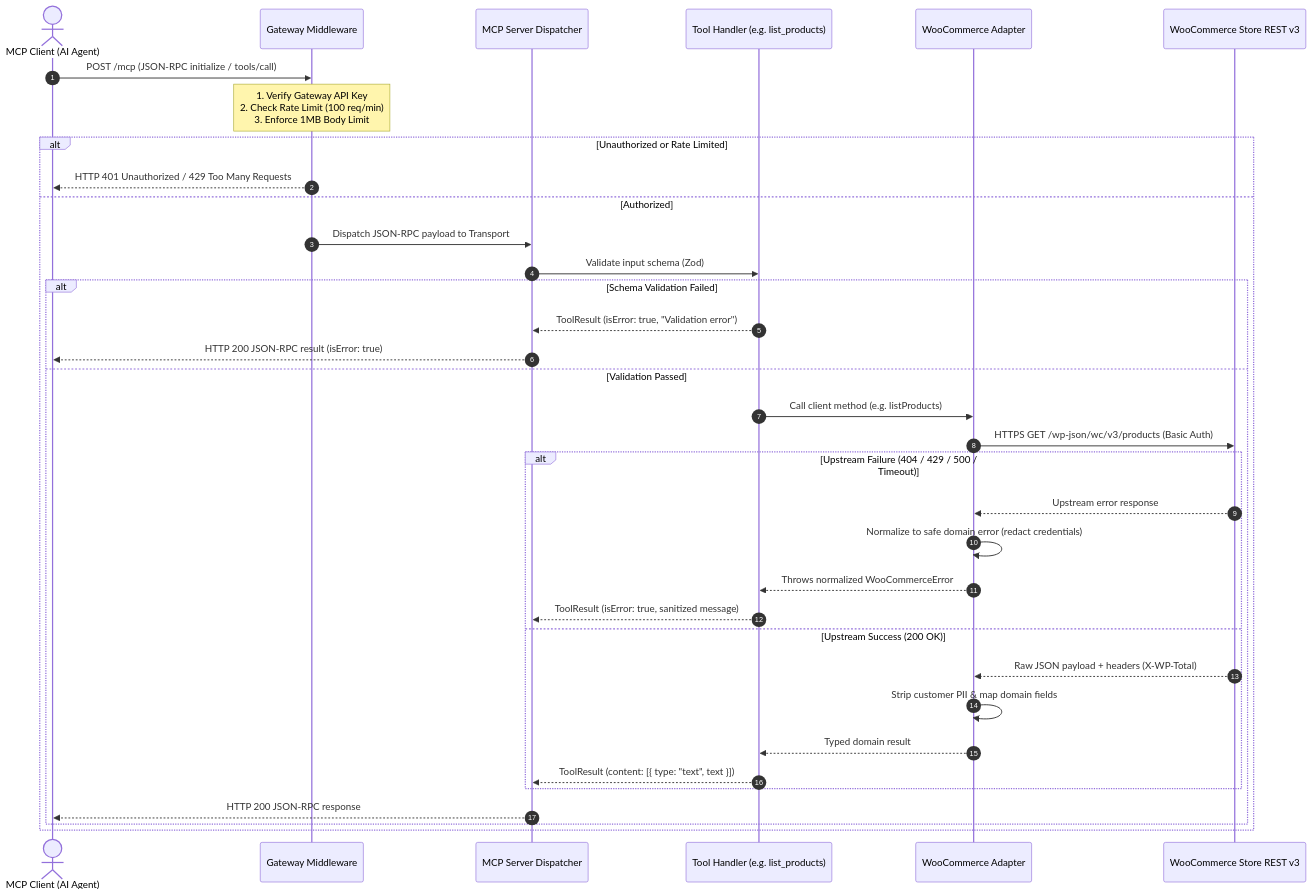
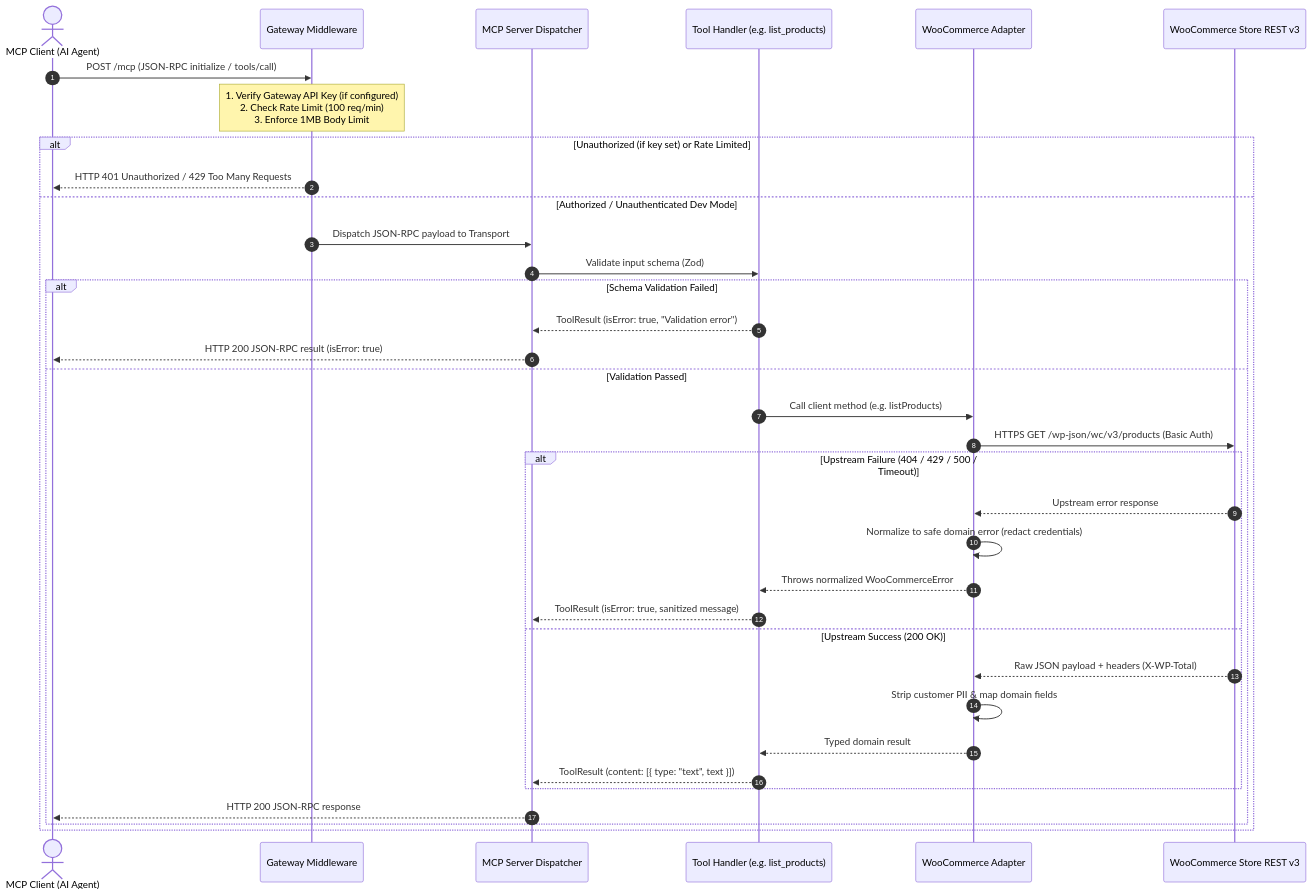
Before and after one commit to anusha975/woocommerce-mcp-gateway: the second of 2 diagrams in README.md, drawn with Mermaid. The commit also changed other lines of this file and 3 other files, not shown here.

````diff
--- a/README.md
+++ b/README.md
@@ -107,42 +108,42 @@
 ```mermaid
 sequenceDiagram
     autonumber
     actor AI as MCP Client (AI Agent)
     participant GW as Gateway Middleware
     participant MCP as MCP Server Dispatcher
     participant Tool as Tool Handler (e.g. list_products)
     participant WC as WooCommerce Adapter
     participant API as WooCommerce Store REST v3
 
     AI->>GW: POST /mcp (JSON-RPC initialize / tools/call)
-    Note over GW: 1. Verify Gateway API Key<br/>2. Check Rate Limit (100 req/min)<br/>3. Enforce 1MB Body Limit
+    Note over GW: 1. Verify Gateway API Key (if configured)<br/>2. Check Rate Limit (100 req/min)<br/>3. Enforce 1MB Body Limit
     
-    alt Unauthorized or Rate Limited
+    alt Unauthorized (if key set) or Rate Limited
         GW-->>AI: HTTP 401 Unauthorized / 429 Too Many Requests
-    else Authorized
+    else Authorized / Unauthenticated Dev Mode
         GW->>MCP: Dispatch JSON-RPC payload to Transport
         MCP->>Tool: Validate input schema (Zod)
         
         alt Schema Validation Failed
             Tool-->>MCP: ToolResult (isError: true, "Validation error")
             MCP-->>AI: HTTP 200 JSON-RPC result (isError: true)
         else Validation Passed
             Tool->>WC: Call client method (e.g. listProducts)
             WC->>API: HTTPS GET /wp-json/wc/v3/products (Basic Auth)
             
             alt Upstream Failure (404 / 429 / 500 / Timeout)
                 API-->>WC: Upstream error response
                 WC->>WC: Normalize to safe domain error (redact credentials)
                 WC-->>Tool: Throws normalized WooCommerceError
                 Tool-->>MCP: ToolResult (isError: true, sanitized message)
             else Upstream Success (200 OK)
                 API-->>WC: Raw JSON payload + headers (X-WP-Total)
                 WC->>WC: Strip customer PII & map domain fields
                 WC-->>Tool: Typed domain result
                 Tool-->>MCP: ToolResult (content: [{ type: "text", text }])
             end
             
             MCP-->>AI: HTTP 200 JSON-RPC response
         end
     end
 ```
````
